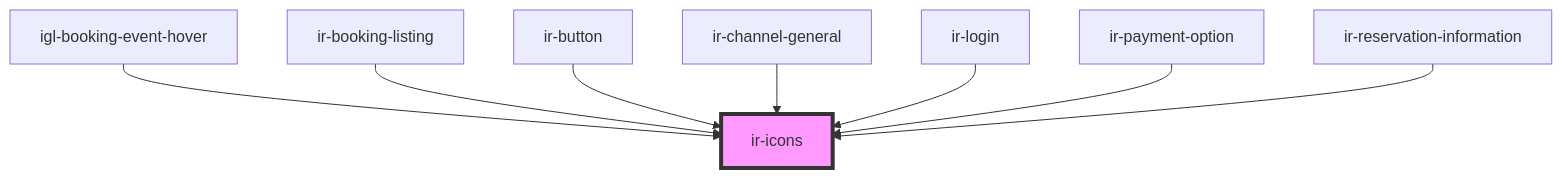
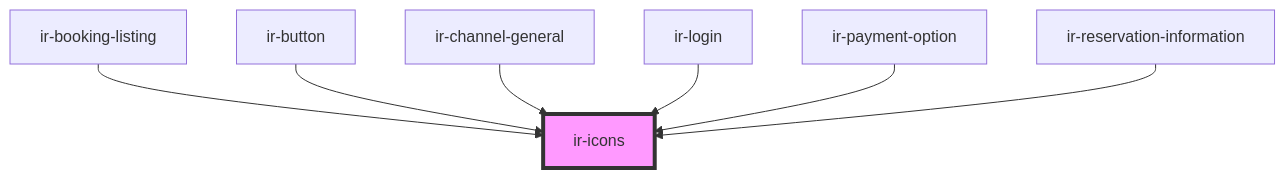
The diagram in src/components/ui/ir-icons/readme.md (David1Chowaifaty/modified-ir-webcmp), drawn with Mermaid before and after one commit. The commit also changed other lines of this file and 28 other files, not shown here.

````diff
--- a/src/components/ui/ir-icons/readme.md
+++ b/src/components/ui/ir-icons/readme.md
@@ -30,11 +29,10 @@
 ```mermaid
 graph TD;
-  igl-booking-event-hover --> ir-icons
   ir-booking-listing --> ir-icons
   ir-button --> ir-icons
   ir-channel-general --> ir-icons
   ir-login --> ir-icons
   ir-payment-option --> ir-icons
   ir-reservation-information --> ir-icons
   style ir-icons fill:#f9f,stroke:#333,stroke-width:4px
 ```
````
